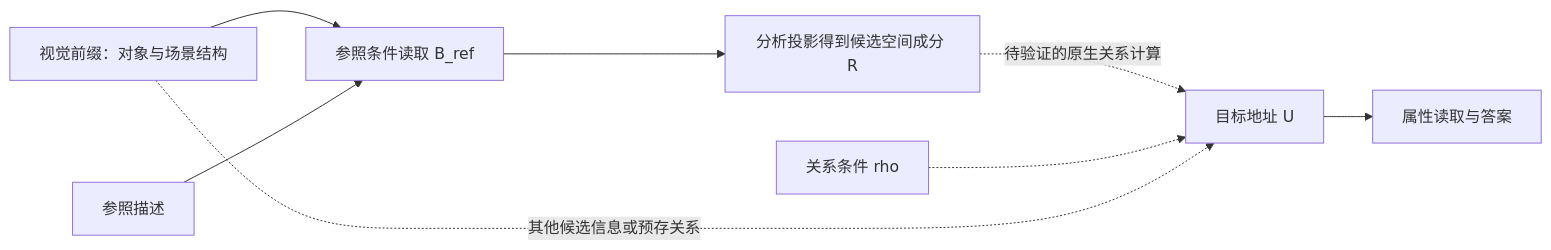
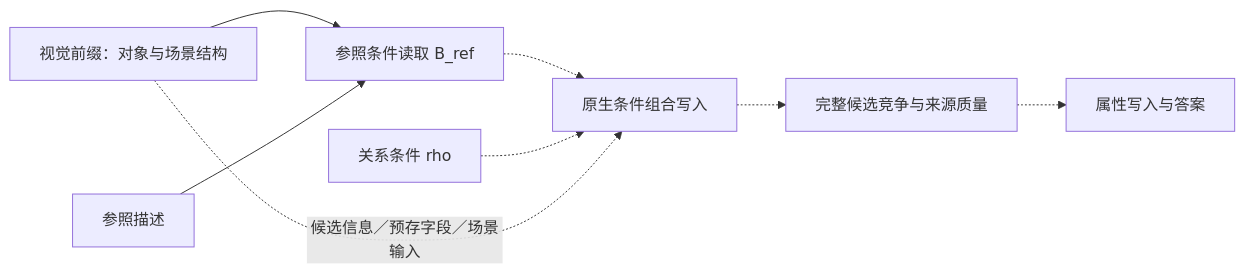
Before and after one commit to elebirds/reladdr: the diagram in docs/research/04_mechanism_hypotheses.md, drawn with Mermaid. The commit also changed other lines of this file and 30 other files, not shown here.

````diff
--- a/docs/research/04_mechanism_hypotheses.md
+++ b/docs/research/04_mechanism_hypotheses.md
@@ -8,10 +9,10 @@
 ```mermaid
 flowchart LR
   V["视觉前缀：对象与场景结构"] --> B["参照条件读取 B_ref"]
   Q["参照描述"] --> B
-  B --> R["分析投影得到候选空间成分 R"]
-  R -. "待验证的原生关系计算" .-> U["目标地址 U"]
-  P["关系条件 rho"] -.-> U
-  V -. "其他候选信息或预存关系" .-> U
-  U --> F["属性读取与答案"]
+  B -.-> M["原生条件组合写入"]
+  P["关系条件 rho"] -.-> M
+  V -. "候选信息／预存字段／场景输入" .-> M
+  M -.-> S["完整候选竞争与来源质量"]
+  S -.-> F["属性写入与答案"]
 ```
````
